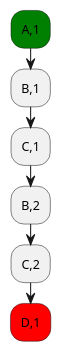
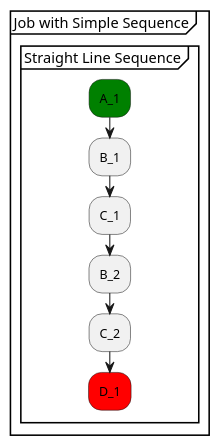
One commit to xtuml/munin changed the diagram in models/SequenceVerificationDataCentric/puml/Tutorial_9.puml. Above: the diagram before and after it, drawn with PlantUML. The commit also changed 21 other files, not shown here.

```diff
--- a/models/SequenceVerificationDataCentric/puml/Tutorial_9.puml
+++ b/models/SequenceVerificationDataCentric/puml/Tutorial_9.puml
@@ -7,8 +7,12 @@
 @startuml 
-      #green:A,1;
-      :B,1;
-      :C,1;
-      :B,2;
-      :C,2;
-      #red:D,1;
+partition "Job with Simple Sequence" {
+  group "Straight Line Sequence"
+      #green:A_1;
+      :B_1;
+      :C_1;
+      :B_2;
+      :C_2;
+      #red:D_1;
+  end group
+}
 @enduml
```
